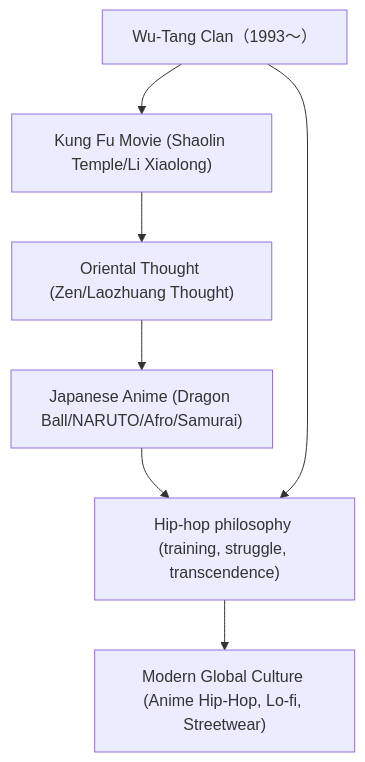
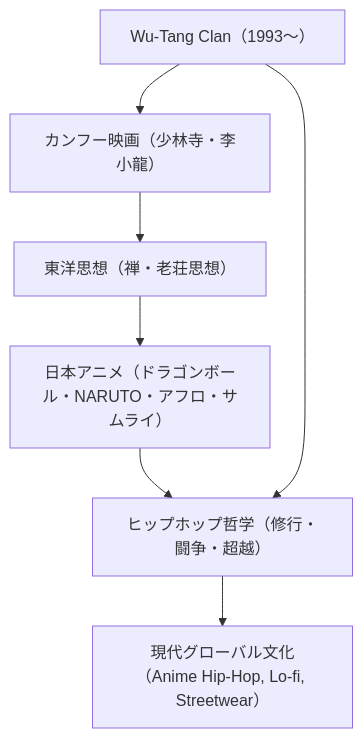
One commit to monumental-movement/monumental-movement.github.io changed the second of 2 diagrams in en/_posts/2025-10-26-column-wu-tang-clan-anime.md. Above: the diagram before and after it, drawn with Mermaid. The commit also changed other lines of this file and 2196 other files, not shown here.

```diff
--- a/en/_posts/2025-10-26-column-wu-tang-clan-anime.md
+++ b/en/_posts/2025-10-26-column-wu-tang-clan-anime.md
@@ -162,19 +161,19 @@
 <div class="mermaid">
 
 flowchart TD
     A["Wu-Tang Clan（1993〜）"]
-    B["Kung Fu Movie (Shaolin Temple/Li Xiaolong)"]
-    C["Oriental Thought (Zen/Laozhuang Thought)"]
-    D["Japanese Anime (Dragon Ball/NARUTO/Afro/Samurai)"]
-    E["Hip-hop philosophy (training, struggle, transcendence)"]
-    F["Modern Global Culture (Anime Hip-Hop, Lo-fi, Streetwear)"]
+    B["カンフー映画（少林寺・李小龍）"]
+    C["東洋思想（禅・老荘思想）"]
+    D["日本アニメ（ドラゴンボール・NARUTO・アフロ・サムライ）"]
+    E["ヒップホップ哲学（修行・闘争・超越）"]
+    F["現代グローバル文化（Anime Hip-Hop, Lo-fi, Streetwear）"]
 
     A --> B
     B --> C
     C --> D
     D --> E
     A --> E
     E --> F
 
 
 </div>
```
